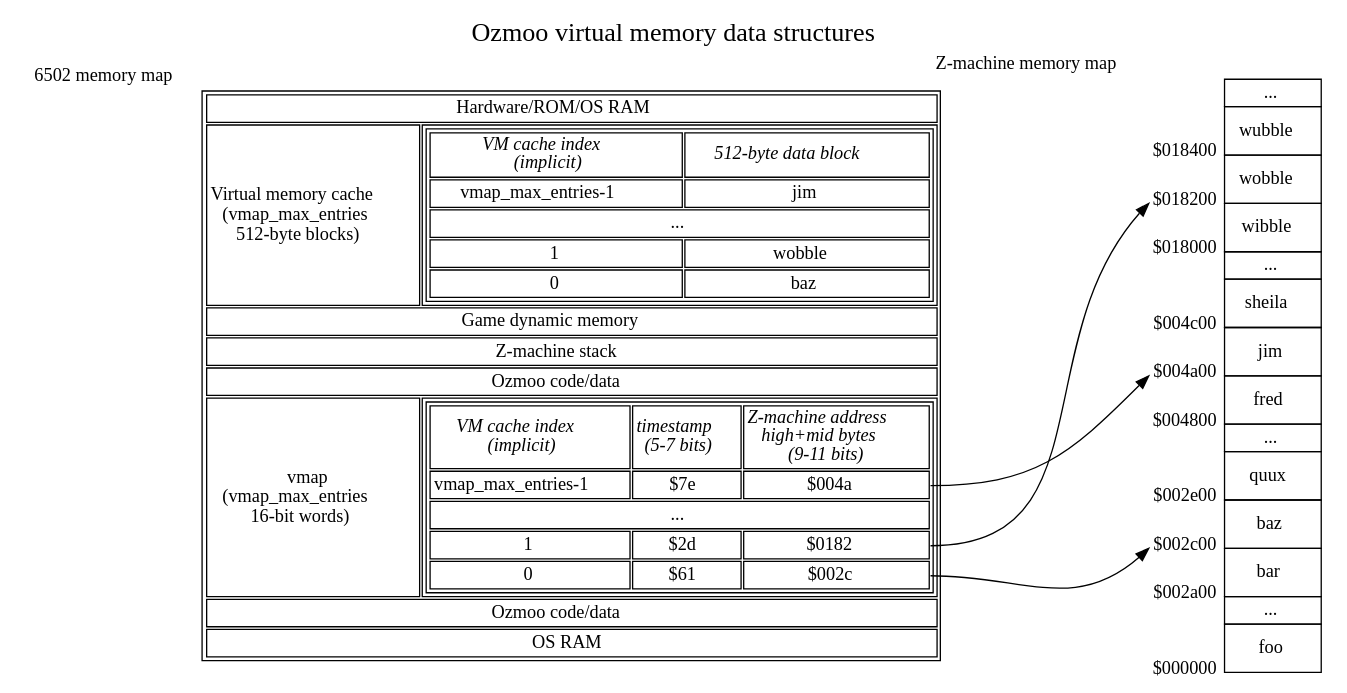
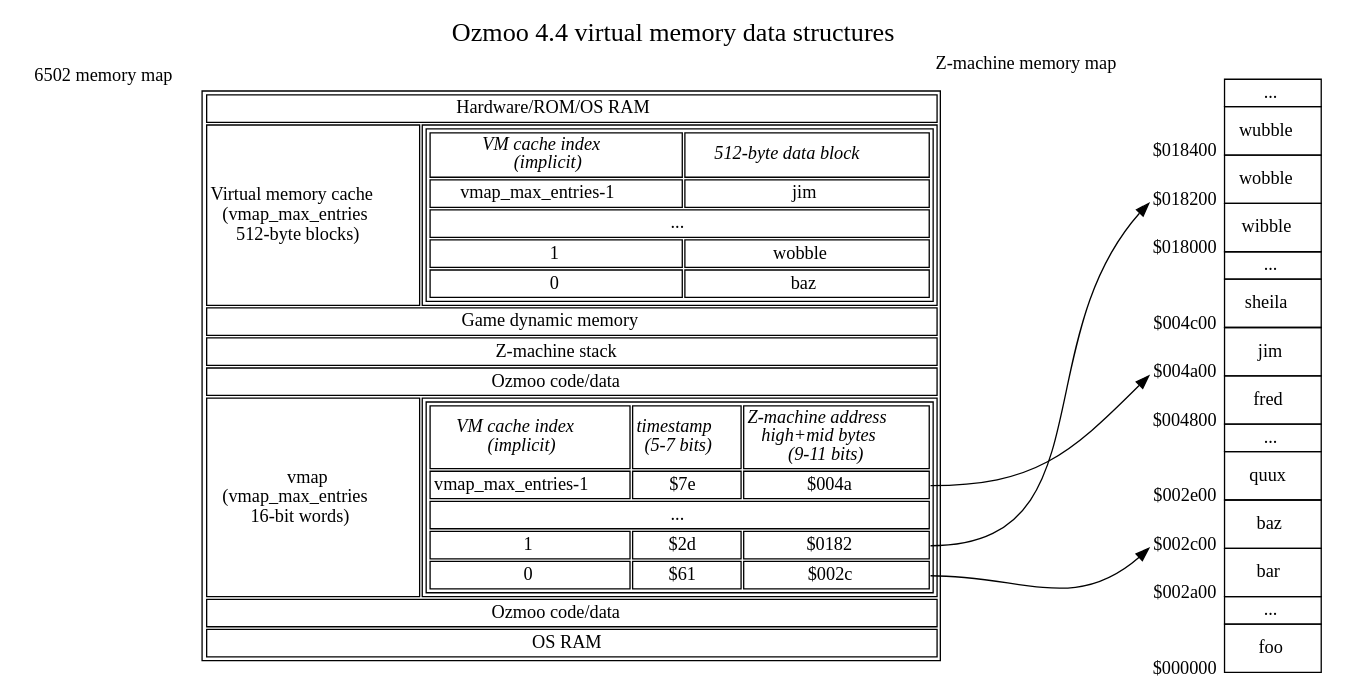
Before and after one commit to ZornsLemma/ozmoo: the diagram in documentation/techdocs/memory-map-1.dot, drawn with Graphviz.

Commit message:
Snapshot

```diff
--- a/documentation/techdocs/memory-map-1.dot
+++ b/documentation/techdocs/memory-map-1.dot
@@ -1,123 +1,123 @@
 digraph memory {
-    graph [nodesep=2, label="Ozmoo virtual memory data structures", fontsize=20, labelloc=t];
+    graph [nodesep=2, label="Ozmoo 4.4 virtual memory data structures", fontsize=20, labelloc=t];
     forcelabels=true;
     node [shape=plaintext];
 
     # SFTODO: Rename "top" to "ram"?
     top [xlabel="6502 memory map", label=<
     <table>
         <tr><td colspan="2">Hardware/ROM/OS RAM</td></tr>
         <!-- SFTODO: could label start of this chunk of memory vmap_first_ram_page -->
         <tr><td>Virtual memory cache<br/>(vmap_max_entries<br/>512-byte blocks)</td>
             <td>
                 <table port="vmem">
                     <tr>
                         <td><i>VM cache index<br/>(implicit)</i></td>
                         <td><i>512-byte data block</i></td>
                     </tr>
                     <tr>
                         <td>vmap_max_entries-1</td>
                         <td>jim</td>
                     </tr>
                     <tr><td colspan="2">...</td></tr>
                     <tr>
                         <td>1</td>
                         <td>wobble</td>
                     </tr>
                     <tr>
                         <td>0</td>
                         <td>baz</td>
                     </tr>
                 </table>
             </td>
         </tr>
         <tr><td colspan="2">Game dynamic memory</td></tr>
         <tr><td colspan="2">Z-machine stack</td></tr>
         <tr><td colspan="2">Ozmoo code/data</td></tr>
         <tr><td>vmap<br/>(vmap_max_entries<br/>16-bit words)</td>
             <td>
                 <table>
                     <tr>
                         <td><i>VM cache index<br/>(implicit)</i></td>
                         <td><i>timestamp<br/>(5-7 bits)</i></td>
                         <td><i>Z-machine address<br/>high+mid bytes<br/>(9-11 bits)</i></td>
                     </tr>
                     <tr><td>vmap_max_entries-1</td><td>$7e</td><td port="z004a">$004a</td></tr>
                     <tr><td colspan="3">...</td></tr>
                     <tr><td>1</td><td>$2d</td><td port="z0182">$0182</td></tr>
                     <tr><td>0</td><td>$61</td><td port="z002c">$002c</td></tr>
                 </table>
             </td>
         </tr>
         <tr><td colspan="2">Ozmoo code/data</td></tr>
         <tr><td colspan="2">OS RAM</td></tr>
     </table>>];
 
     zmachine [xlabel="Z-machine memory map", label=<
     <table border="0" cellspacing="0">
         <tr>
             <td></td>
             <td border="1">...</td>
         </tr>
         <tr>
             <td valign="bottom"><sub>$018400</sub></td>
             <td border="1" cellpadding="10"><!-- Z-code: -->wubble</td>
         </tr>
         <tr>
             <td port="z0182" valign="bottom"><sub>$018200</sub></td>
             <td border="1" cellpadding="10"><!-- Z-code: -->wobble</td>
         </tr>
         <tr>
             <td valign="bottom"><sub>$018000</sub></td>
             <td border="1" cellpadding="10"><!-- Z-code: -->wibble</td>
         </tr>
         <tr>
             <td></td>
             <td border="1">...</td>
         </tr>
         <tr>
             <td valign="bottom"><sub>$004c00</sub></td>
             <td border="1" cellpadding="10"><!-- Z-code: -->sheila</td>
         </tr>
         <tr>
             <td port="z004a" valign="bottom"><sub>$004a00</sub></td>
             <td border="1" cellpadding="10"><!-- Z-code: -->jim</td>
         </tr>
         <tr>
             <td valign="bottom"><sub>$004800</sub></td>
             <td border="1" cellpadding="10"><!-- Z-code: -->fred</td>
         </tr>
         <tr>
             <td></td>
             <td border="1">...</td>
         </tr>
         <tr>
             <td valign="bottom"><sub>$002e00</sub></td>
             <td border="1" cellpadding="10"><!-- Z-code: -->quux</td>
         </tr>
         <tr>
             <td port="z002c" valign="bottom"><sub>$002c00</sub></td>
             <td border="1" cellpadding="10"><!-- Z-code: -->baz</td>
         </tr>
         <tr>
             <td valign="bottom"><sub>$002a00</sub></td>
             <td border="1" cellpadding="10"><!-- Z-code: -->bar</td>
         </tr>
         <tr>
             <td></td>
             <td border="1">...</td>
         </tr>
         <tr>
             <td valign="bottom"><sub>$000000</sub></td>
             <td border="1" cellpadding="10"><!-- Z-code: -->foo</td>
         </tr>
     </table>>];
 
     {rank = same; top zmachine};
 
     top:z004a:e -> zmachine:z004a:sw;
     top:z002c:e -> zmachine:z002c:sw;
     top:z0182:e -> zmachine:z0182:sw;
 }
 
 # vi: sw=4 sts=4
```
